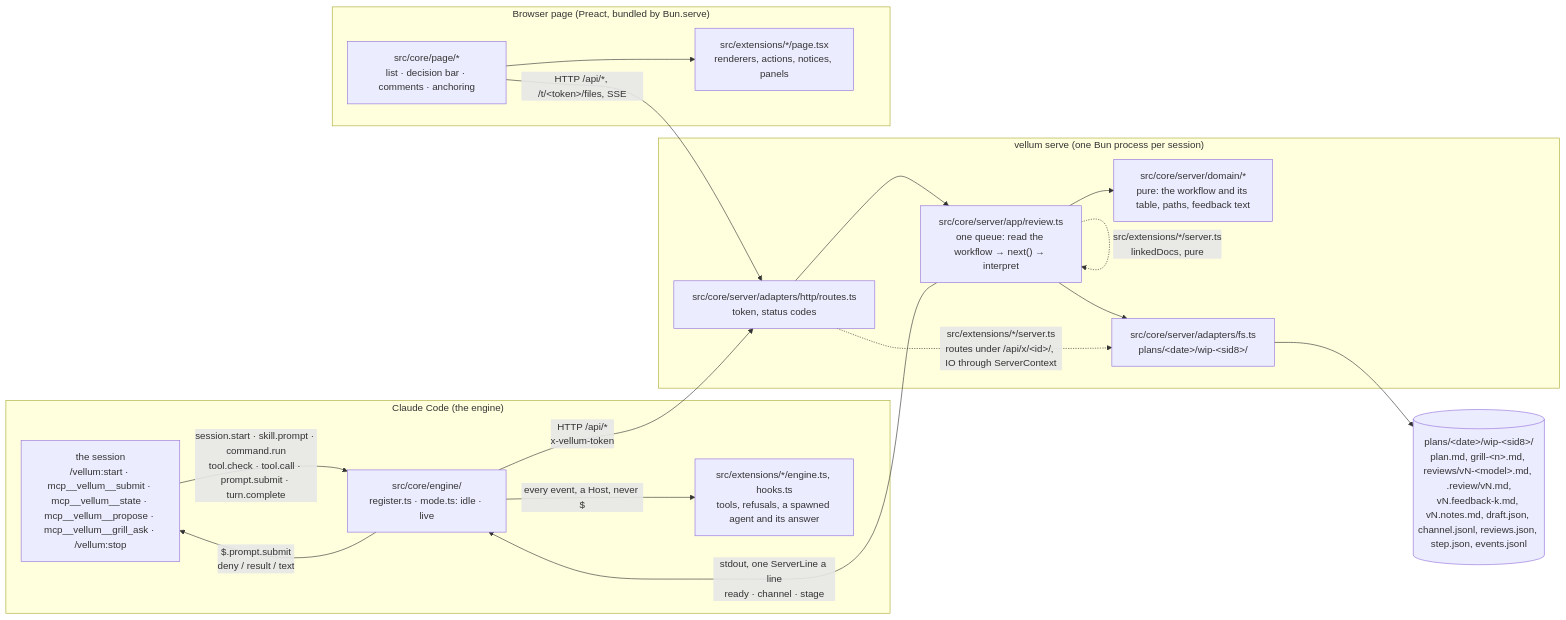
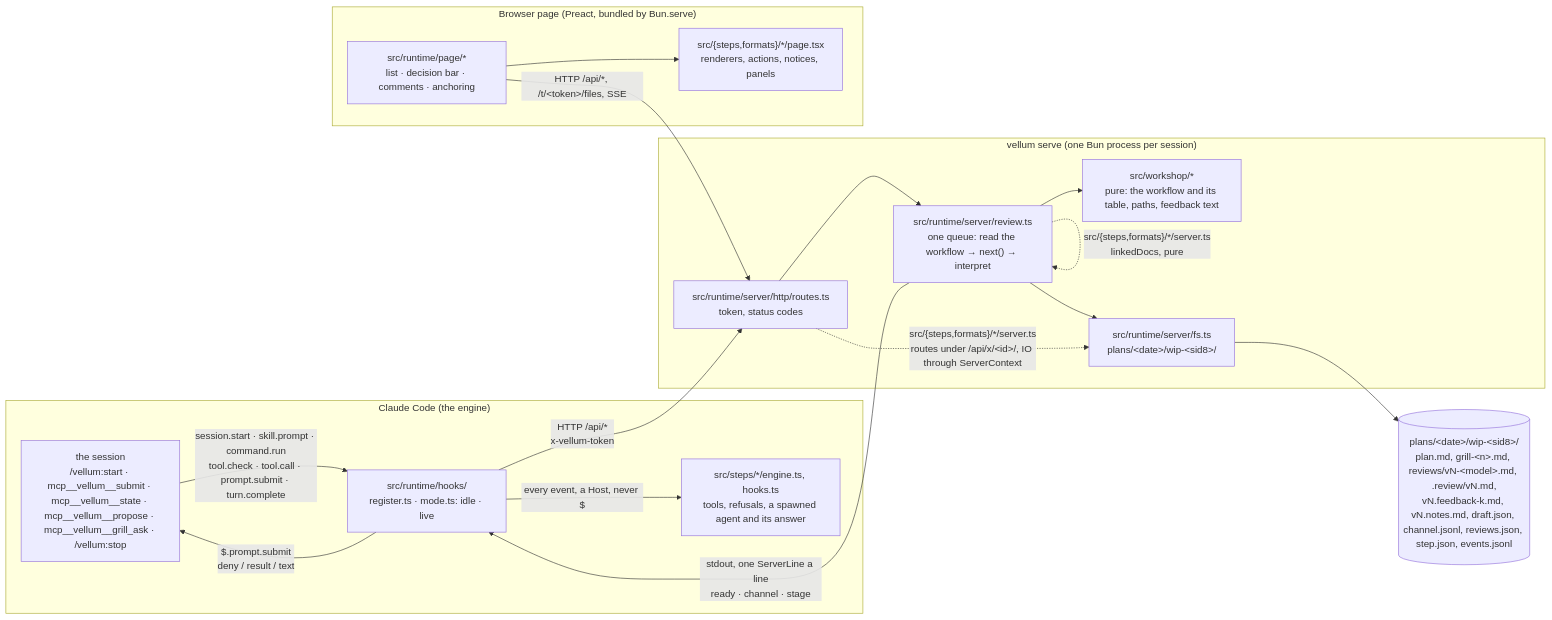
The first of 6 diagrams in vellum/docs/architecture.md (bengous/claude-code-plugins), drawn with Mermaid before and after one commit. The commit also changed other lines of this file and 353 other files, not shown here.

````diff
--- a/vellum/docs/architecture.md
+++ b/vellum/docs/architecture.md
@@ -11,31 +11,31 @@
 ```mermaid
 flowchart LR
   subgraph engine["Claude Code (the engine)"]
     CC["the session<br/>/vellum:start · mcp__vellum__submit · mcp__vellum__state · mcp__vellum__propose · mcp__vellum__grill_ask · /vellum:stop"]
-    M["src/core/engine/<br/>register.ts · mode.ts: idle · live"]
-    E["src/extensions/*/engine.ts, hooks.ts<br/>tools, refusals, a spawned agent and its answer"]
+    M["src/runtime/hooks/<br/>register.ts · mode.ts: idle · live"]
+    E["src/steps/*/engine.ts, hooks.ts<br/>tools, refusals, a spawned agent and its answer"]
     CC -- "session.start · skill.prompt · command.run<br/>tool.check · tool.call · prompt.submit · turn.complete" --> M
     M -- "$.prompt.submit<br/>deny / result / text" --> CC
     M -- "every event, a Host, never $" --> E
   end
   subgraph server["vellum serve (one Bun process per session)"]
-    R["src/core/server/adapters/http/routes.ts<br/>token, status codes"]
-    A["src/core/server/app/review.ts<br/>one queue: read the workflow → next() → interpret"]
-    T["src/core/server/domain/*<br/>pure: the workflow and its table, paths, feedback text"]
-    W["src/core/server/adapters/fs.ts<br/>plans/&lt;date&gt;/wip-&lt;sid8&gt;/"]
+    R["src/runtime/server/http/routes.ts<br/>token, status codes"]
+    A["src/runtime/server/review.ts<br/>one queue: read the workflow → next() → interpret"]
+    T["src/workshop/*<br/>pure: the workflow and its table, paths, feedback text"]
+    W["src/runtime/server/fs.ts<br/>plans/&lt;date&gt;/wip-&lt;sid8&gt;/"]
     R --> A --> T
     A --> W
   end
   subgraph page["Browser page (Preact, bundled by Bun.serve)"]
-    U["src/core/page/*<br/>list · decision bar · comments · anchoring"]
-    P["src/extensions/*/page.tsx<br/>renderers, actions, notices, panels"]
+    U["src/runtime/page/*<br/>list · decision bar · comments · anchoring"]
+    P["src/{steps,formats}/*/page.tsx<br/>renderers, actions, notices, panels"]
     U --> P
   end
   M -- "HTTP /api/*<br/>x-vellum-token" --> R
   A -- "stdout, one ServerLine a line<br/>ready · channel · stage" --> M
   U -- "HTTP /api/*, /t/&lt;token&gt;/files, SSE" --> R
-  A -. "src/extensions/*/server.ts<br/>linkedDocs, pure" .-> A
-  R -. "src/extensions/*/server.ts<br/>routes under /api/x/&lt;id&gt;/, IO through ServerContext" .-> W
+  A -. "src/{steps,formats}/*/server.ts<br/>linkedDocs, pure" .-> A
+  R -. "src/{steps,formats}/*/server.ts<br/>routes under /api/x/&lt;id&gt;/, IO through ServerContext" .-> W
   F[("plans/&lt;date&gt;/wip-&lt;sid8&gt;/<br/>plan.md, grill-&lt;n&gt;.md, reviews/vN-&lt;model&gt;.md, .review/vN.md,<br/>vN.feedback-k.md, vN.notes.md, draft.json, channel.jsonl, reviews.json, step.json, events.jsonl")]
   W --> F
 ```
````
